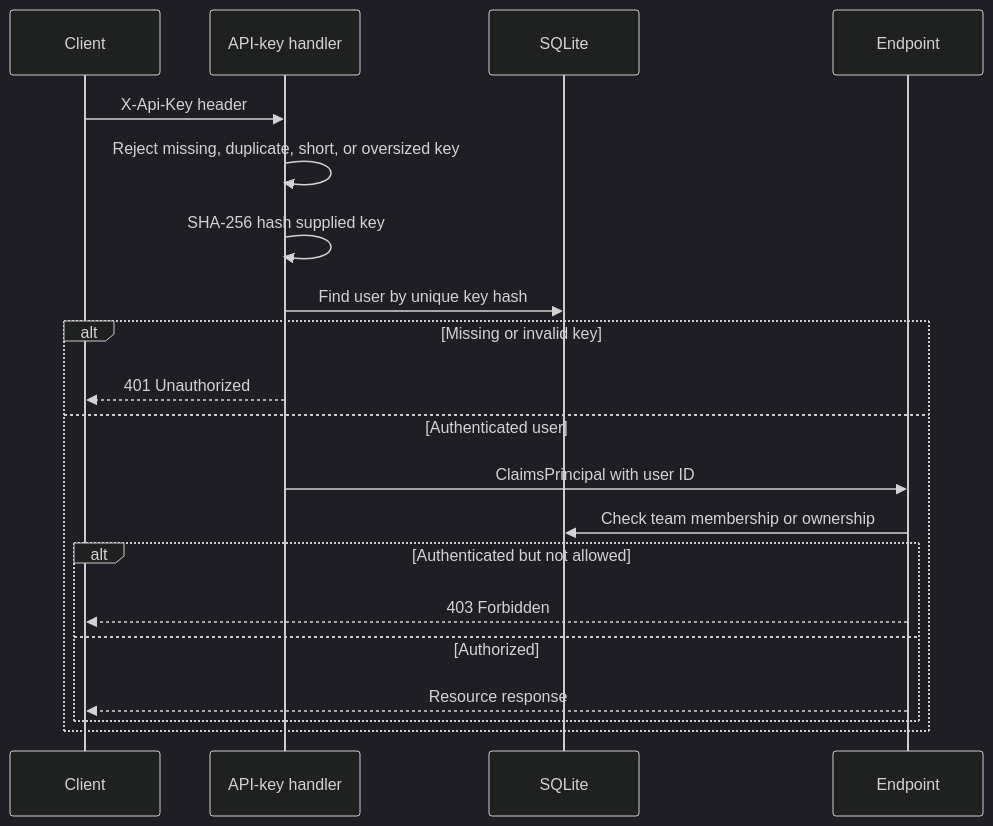
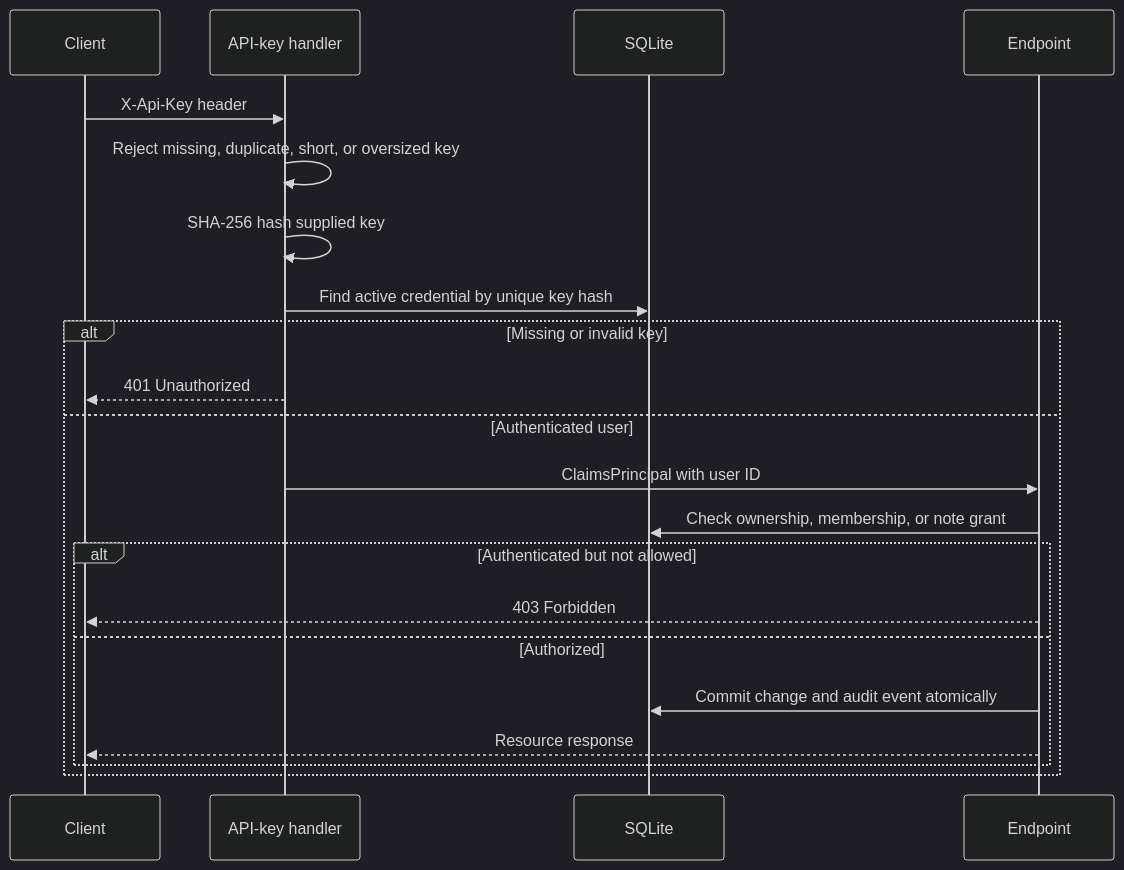
One commit to aldenpark/bluestaq-testgorilla-assessment changed the second of 2 diagrams in README.md. Above: the diagram before and after it, drawn with Mermaid (dark theme). The commit also changed other lines of this file and 30 other files, not shown here.

````diff
--- a/README.md
+++ b/README.md
@@ -182,22 +227,23 @@
 ```mermaid
 sequenceDiagram
     participant Client
     participant Auth as API-key handler
     participant DB as SQLite
     participant Endpoint
     Client->>Auth: X-Api-Key header
     Auth->>Auth: Reject missing, duplicate, short, or oversized key
     Auth->>Auth: SHA-256 hash supplied key
-    Auth->>DB: Find user by unique key hash
+    Auth->>DB: Find active credential by unique key hash
     alt Missing or invalid key
         Auth-->>Client: 401 Unauthorized
     else Authenticated user
         Auth->>Endpoint: ClaimsPrincipal with user ID
-        Endpoint->>DB: Check team membership or ownership
+        Endpoint->>DB: Check ownership, membership, or note grant
         alt Authenticated but not allowed
             Endpoint-->>Client: 403 Forbidden
         else Authorized
+            Endpoint->>DB: Commit change and audit event atomically
             Endpoint-->>Client: Resource response
         end
     end
 ```
````
